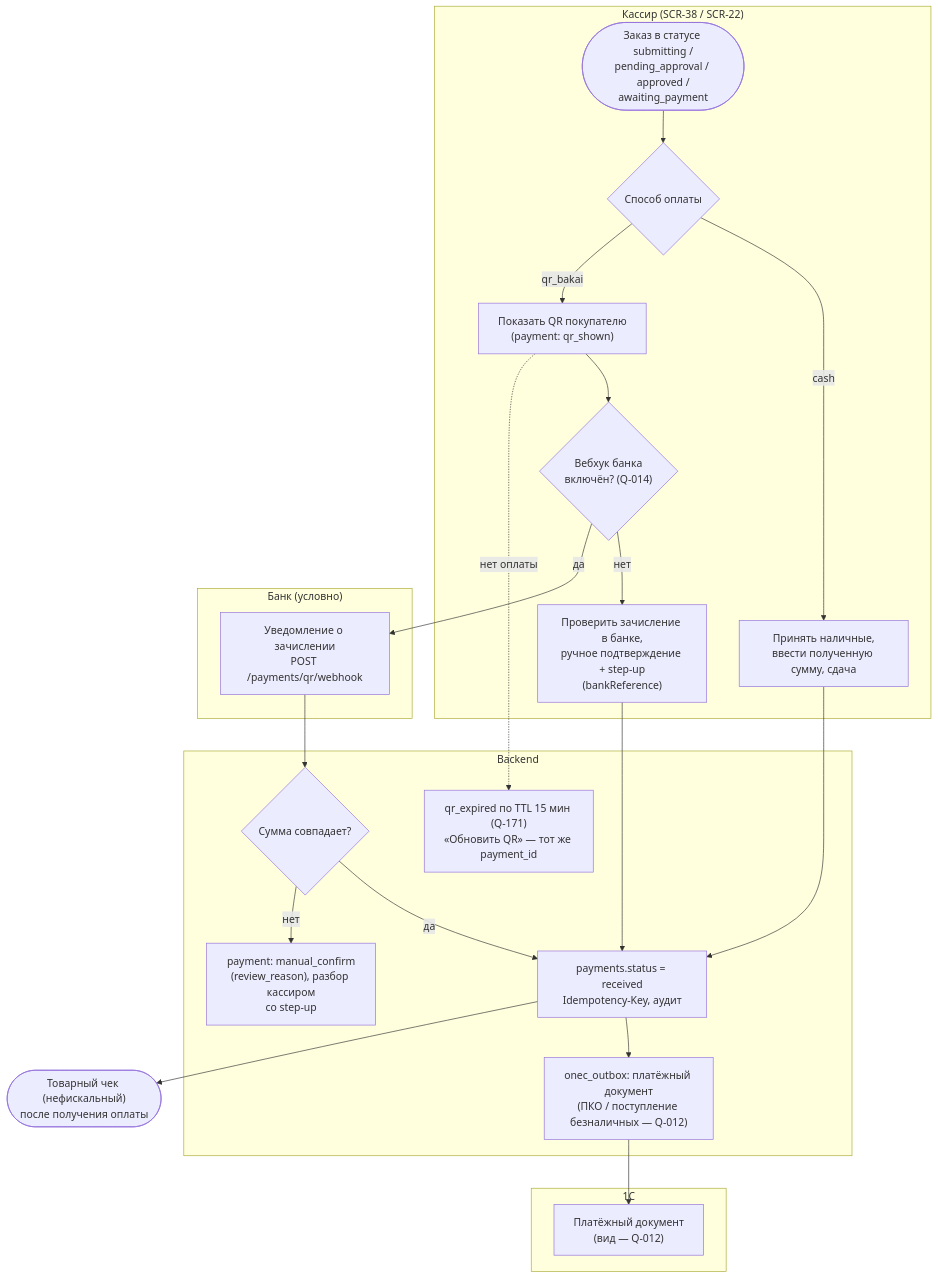
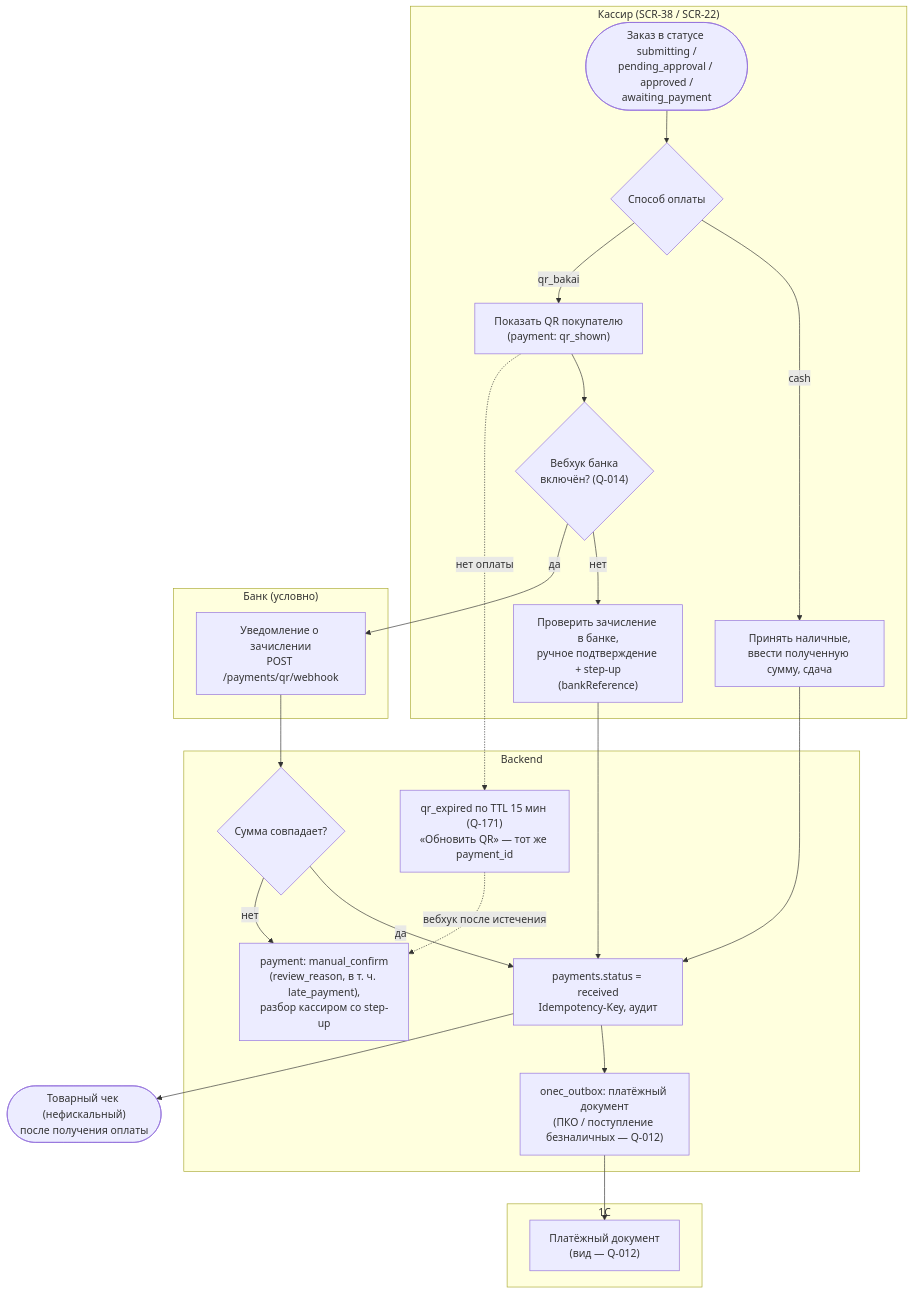
The third of 7 diagrams in docs/specification/01_PRODUCT_REQUIREMENTS.md (adhamjon100/optomstroy), drawn with Mermaid before and after one commit. The commit also changed other lines of this file and 13 other files, not shown here.

````diff
--- a/docs/specification/01_PRODUCT_REQUIREMENTS.md
+++ b/docs/specification/01_PRODUCT_REQUIREMENTS.md
@@ -348,31 +349,32 @@
 ```mermaid
 flowchart TB
   subgraph K["Кассир (SCR-38 / SCR-22)"]
     k0(["Заказ в статусе submitting /<br/>pending_approval / approved /<br/>awaiting_payment"]) --> k1{"Способ оплаты"}
     k1 -- "cash" --> k2["Принять наличные,<br/>ввести полученную сумму, сдача"]
     k1 -- "qr_bakai" --> k3["Показать QR покупателю<br/>(payment: qr_shown)"]
     k3 --> k4{"Вебхук банка<br/>включён? (Q-014)"}
     k4 -- "нет" --> k5["Проверить зачисление в банке,<br/>ручное подтверждение + step-up<br/>(bankReference)"]
   end
   subgraph BK["Банк (условно)"]
     w1["Уведомление о зачислении<br/>POST /payments/qr/webhook"]
   end
   subgraph B["Backend"]
     p1["payments.status = received<br/>Idempotency-Key, аудит"]
     p2{"Сумма совпадает?"}
-    p3["payment: manual_confirm<br/>(review_reason), разбор кассиром<br/>со step-up"]
+    p3["payment: manual_confirm<br/>(review_reason, в т. ч. late_payment),<br/>разбор кассиром со step-up"]
     p4["onec_outbox: платёжный документ<br/>(ПКО / поступление безналичных — Q-012)"]
     p5["qr_expired по TTL 15 мин (Q-171)<br/>«Обновить QR» — тот же payment_id"]
   end
   subgraph O["1С"]
     o1["Платёжный документ<br/>(вид — Q-012)"]
   end
   k2 --> p1
   k4 -- "да" --> w1 --> p2
   p2 -- "да" --> p1
   p2 -- "нет" --> p3
   k5 --> p1
   k3 -. "нет оплаты" .-> p5
+  p5 -. "вебхук после истечения" .-> p3
   p1 --> p4 --> o1
   p1 --> k6(["Товарный чек (нефискальный)<br/>после получения оплаты"])
 ```
````
